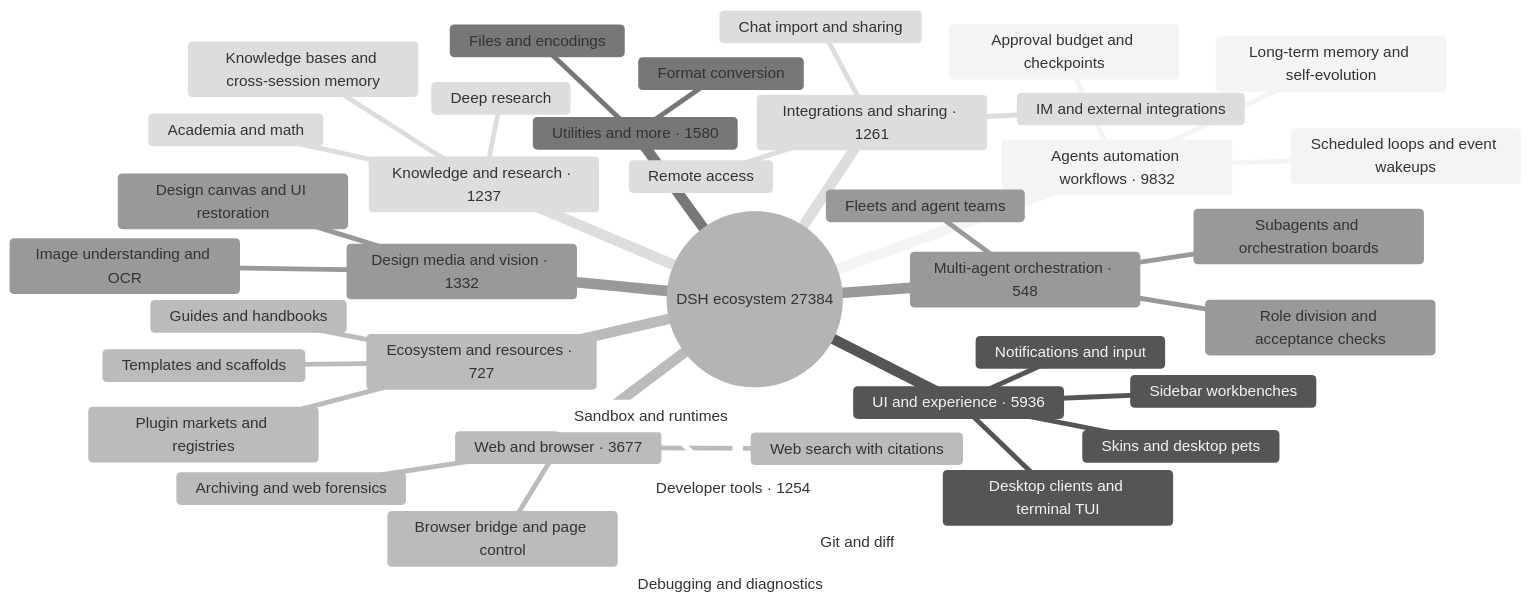
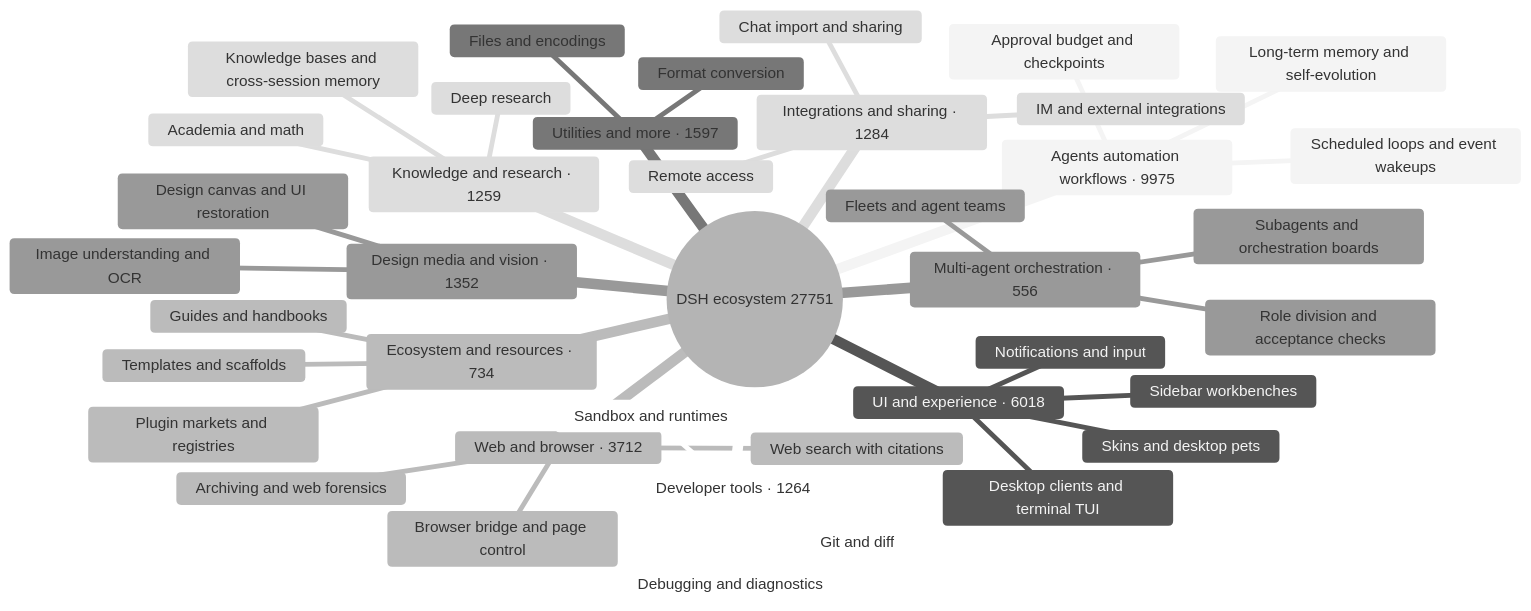
Before and after one commit to bruc3van/awesome-dsh-plugin: the diagram in README_EN.md, drawn with Mermaid (neutral theme). The commit also changed other lines of this file and 30 other files, not shown here.

````diff
--- a/README_EN.md
+++ b/README_EN.md
@@ -32,43 +32,43 @@
 ```mermaid
 mindmap
-  root((DSH ecosystem 27384))
-    Agents automation workflows · 9832
+  root((DSH ecosystem 27751))
+    Agents automation workflows · 9975
       Scheduled loops and event wakeups
       Long-term memory and self-evolution
       Approval budget and checkpoints
-    UI and experience · 5936
+    UI and experience · 6018
       Desktop clients and terminal TUI
       Sidebar workbenches
       Skins and desktop pets
       Notifications and input
-    Web and browser · 3677
+    Web and browser · 3712
       Browser bridge and page control
       Web search with citations
       Archiving and web forensics
-    Utilities and more · 1580
+    Utilities and more · 1597
       Files and encodings
       Format conversion
-    Design media and vision · 1332
+    Design media and vision · 1352
       Image understanding and OCR
       Design canvas and UI restoration
-    Integrations and sharing · 1261
+    Integrations and sharing · 1284
       Chat import and sharing
       Remote access
       IM and external integrations
-    Developer tools · 1254
+    Developer tools · 1264
       Git and diff
       Sandbox and runtimes
       Debugging and diagnostics
-    Knowledge and research · 1237
+    Knowledge and research · 1259
       Knowledge bases and cross-session memory
       Deep research
       Academia and math
-    Ecosystem and resources · 727
+    Ecosystem and resources · 734
       Plugin markets and registries
       Templates and scaffolds
       Guides and handbooks
-    Multi-agent orchestration · 548
+    Multi-agent orchestration · 556
       Subagents and orchestration boards
       Fleets and agent teams
       Role division and acceptance checks
 ```
````
